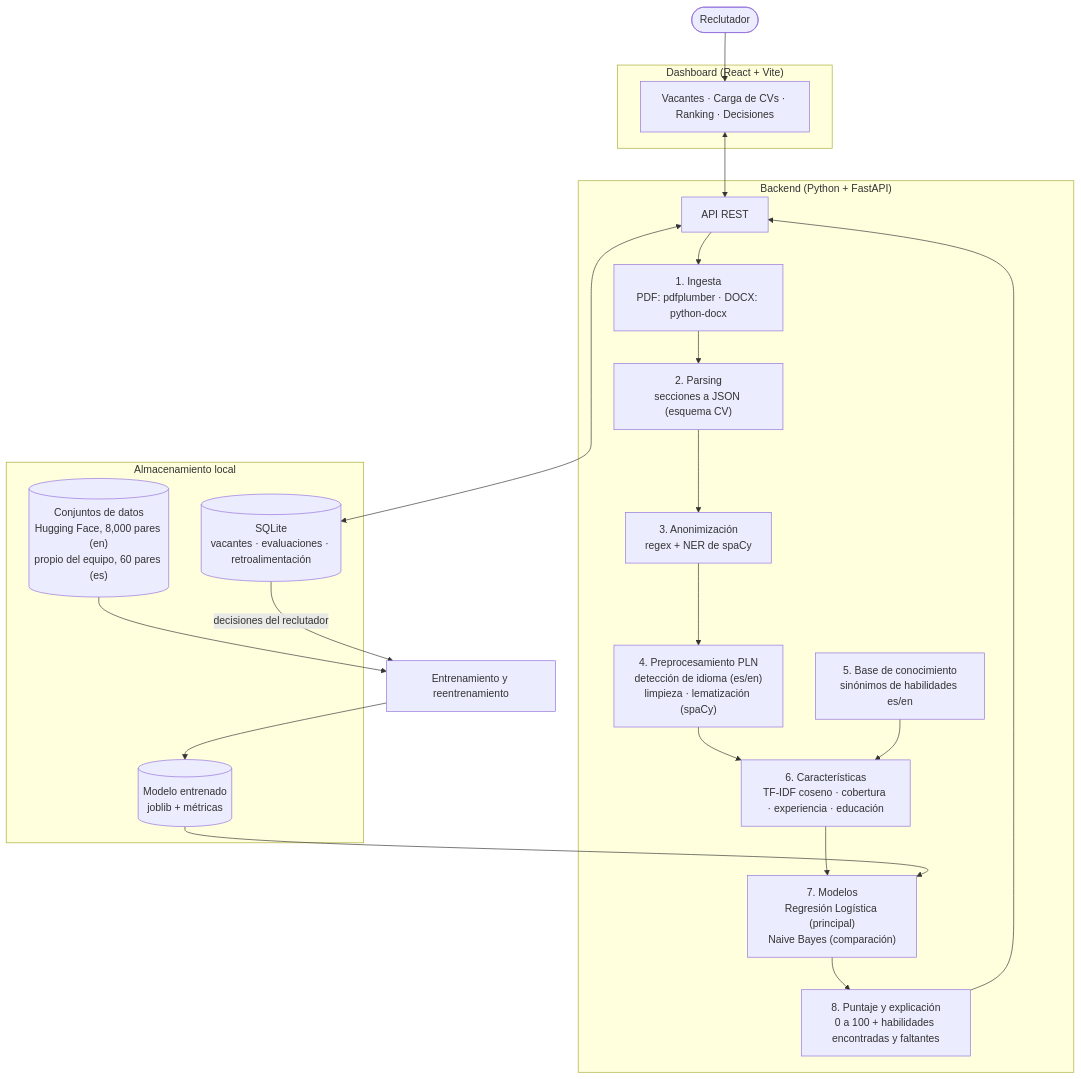
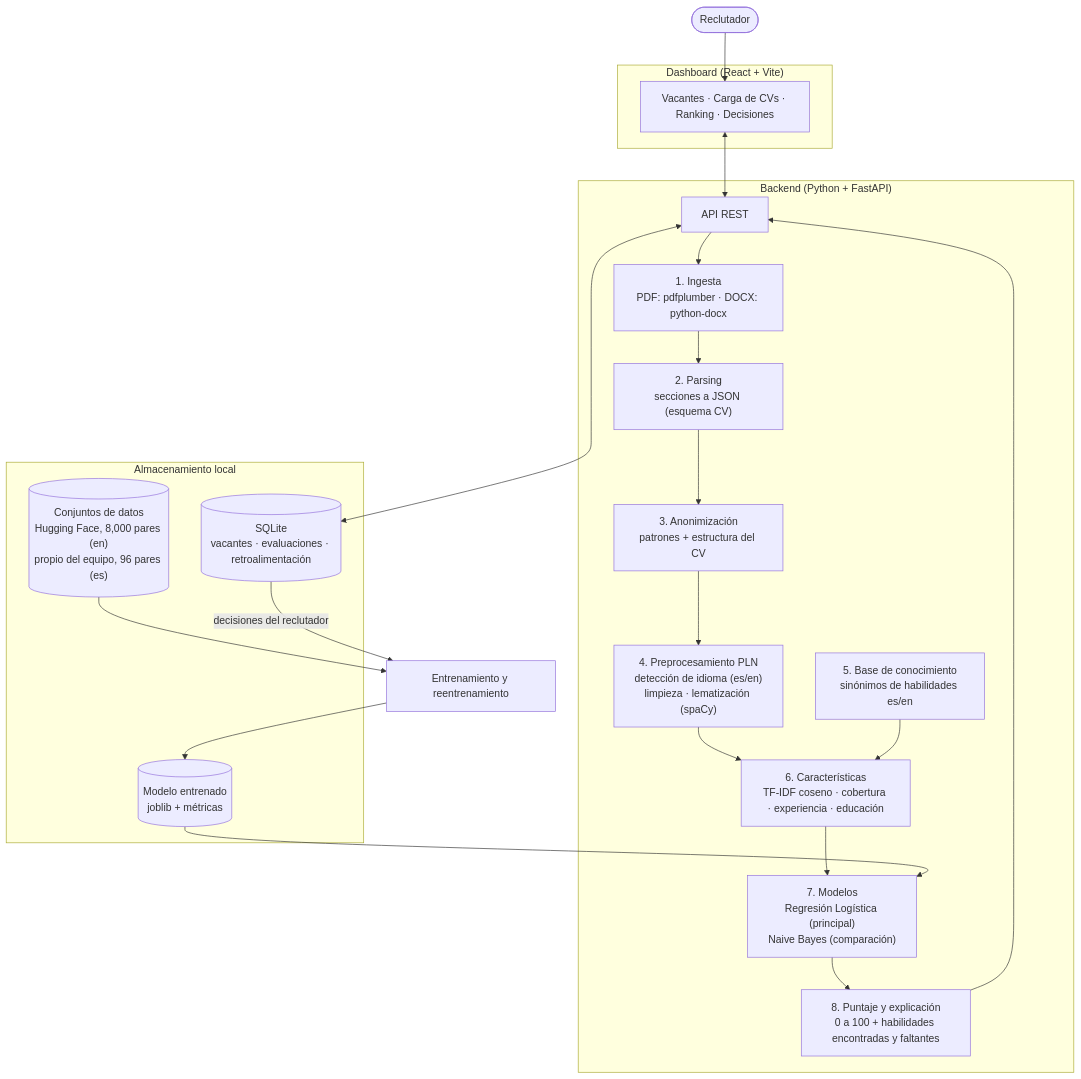
Before and after one commit to Aselori/cv-screening: the diagram in docs/arquitectura.md, drawn with Mermaid. The commit also changed other lines of this file and 5 other files, not shown here.

````diff
--- a/docs/arquitectura.md
+++ b/docs/arquitectura.md
@@ -16,37 +16,37 @@
 ```mermaid
 flowchart TD
     REC([Reclutador])
 
     subgraph FE["Dashboard (React + Vite)"]
         UI["Vacantes · Carga de CVs · Ranking · Decisiones"]
     end
 
     subgraph BE["Backend (Python + FastAPI)"]
         API["API REST"]
         ING["1. Ingesta<br/>PDF: pdfplumber · DOCX: python-docx"]
         PAR["2. Parsing<br/>secciones a JSON (esquema CV)"]
-        ANO["3. Anonimización<br/>regex + NER de spaCy"]
+        ANO["3. Anonimización<br/>patrones + estructura del CV"]
         PLN["4. Preprocesamiento PLN<br/>detección de idioma (es/en)<br/>limpieza · lematización (spaCy)"]
         KB["5. Base de conocimiento<br/>sinónimos de habilidades es/en"]
         FEAT["6. Características<br/>TF-IDF coseno · cobertura · experiencia · educación"]
         ML["7. Modelos<br/>Regresión Logística (principal)<br/>Naive Bayes (comparación)"]
         SC["8. Puntaje y explicación<br/>0 a 100 + habilidades encontradas y faltantes"]
     end
 
     subgraph ST["Almacenamiento local"]
         DB[("SQLite<br/>vacantes · evaluaciones · retroalimentación")]
         MOD[("Modelo entrenado<br/>joblib + métricas")]
-        DS[("Conjuntos de datos<br/>Hugging Face, 8,000 pares (en)<br/>propio del equipo, 60 pares (es)")]
+        DS[("Conjuntos de datos<br/>Hugging Face, 8,000 pares (en)<br/>propio del equipo, 96 pares (es)")]
     end
 
     REC --> UI
     UI <--> API
     API --> ING --> PAR --> ANO --> PLN --> FEAT
     KB --> FEAT
     FEAT --> ML --> SC --> API
     API <--> DB
     MOD --> ML
     DS --> TR["Entrenamiento y reentrenamiento"]
     DB -- "decisiones del reclutador" --> TR
     TR --> MOD
 ```
````
